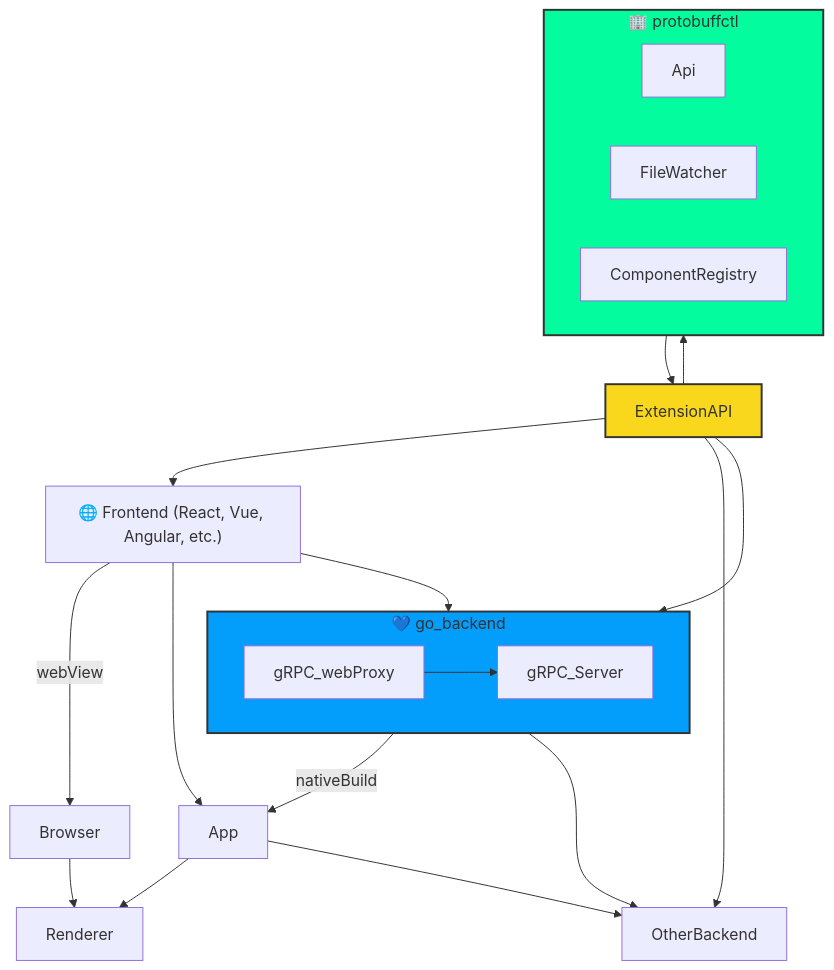
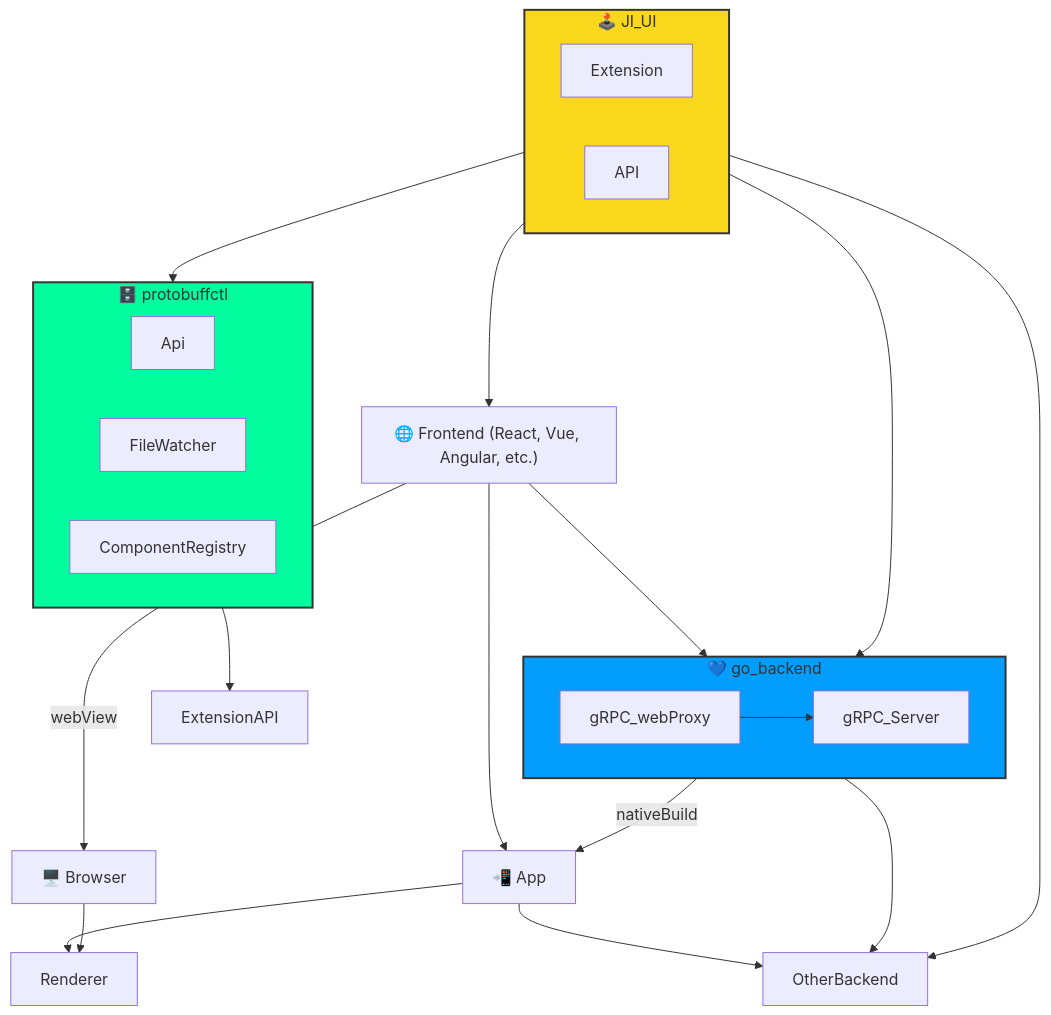
The diagram in README.md (ji-podhead/ji_ui), drawn with Mermaid before and after one commit.

````diff
--- a/README.md
+++ b/README.md
@@ -83,33 +83,38 @@
 ```mermaid
 graph TD;
     Frontend["🌐 Frontend (React, Vue, Angular, etc.)"] --> go_backend;
-    Frontend -->|webView| webView[Browser]
-    go_backend -->|nativeBuild| nativeBuild[App]
+    Frontend -->|webView| webView[🖥️ Browser]
+    go_backend -->|nativeBuild| nativeBuild[📲 App]
 	nativeBuild--> Renderer;
 	webView-->Renderer;
     Frontend-->nativeBuild;
     nativeBuild-->OtherBackend;
     go_backend --> OtherBackend;
     
-    ExtensionAPI --> go_backend;
-    ExtensionAPI --> protobuffctl;
+    JI_UI --> go_backend;
+    JI_UI --> protobuffctl;
     protobuffctl --> ExtensionAPI;
-    ExtensionAPI --> Frontend;
-    ExtensionAPI --> OtherBackend;
+    JI_UI --> Frontend;
+    JI_UI --> OtherBackend;
     
     subgraph go_backend [💙 go_backend]
         gRPC_webProxy --> gRPC_Server;
         gRPC_Server;
     end
-    subgraph protobuffctl [🏢 protobuffctl]
+	subgraph JI_UI [🕹️ JI_UI]
+Extension;
+API;
+end
+
+    subgraph protobuffctl [🗄️ protobuffctl]
         Api;
         FileWatcher;
         ComponentRegistry;
         FileWatcher;
     end
 
-    style ExtensionAPI fill:#f9d71c,stroke:#333,stroke-width:2px
+    style JI_UI fill:#f9d71c,stroke:#333,stroke-width:2px
     style go_backend fill:#039dfc,stroke:#333,stroke-width:2px
     style protobuffctl fill:#03fc9d,stroke:#333,stroke-width:2px
 
 ```
````
